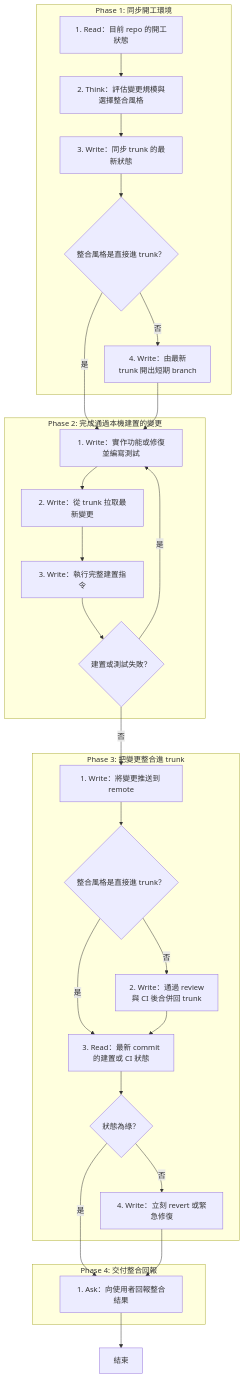
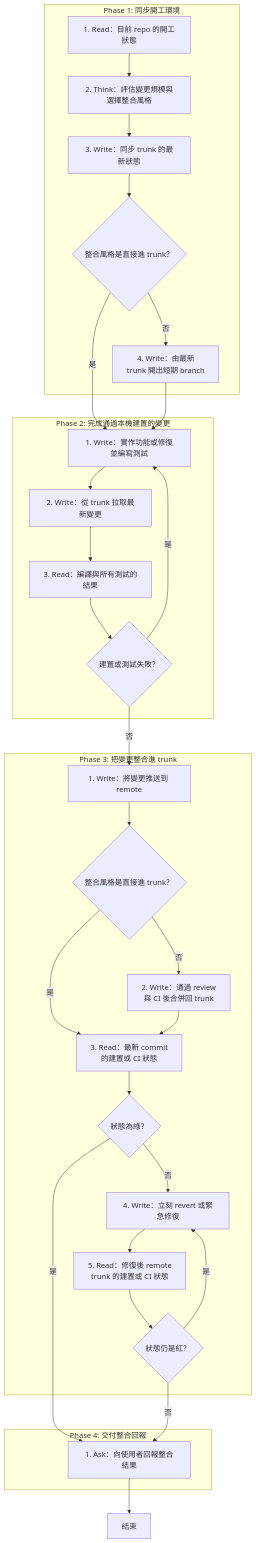
Before and after one commit to AI-x-BDD/BDGG-Dev-Skills: the diagram in .agents/skills/trunk-based-development/SKILL.md, drawn with Mermaid. The commit also changed other lines of this file and 1 other file, not shown here.

Commit message:
fix: trunk-based-development 修完紅燈之後會再確認 trunk 變綠
Phase 3 Step 4 revert 或緊急修復之後直接進了回報,沒有任何一步再看
一次 CI;revert 之後還是紅的話,回報的會是一條壞掉的 trunk。現在多
一步讀修復後的狀態,仍是紅就回去再修。

Phase 2 Step 3 跑完整建置看結果,動詞從 Write 改成 Read:這一步要的
是建置與測試的結果,不是它留下的變更。

````diff
--- a/.agents/skills/trunk-based-development/SKILL.md
+++ b/.agents/skills/trunk-based-development/SKILL.md
@@ -31,48 +32,53 @@
 ```mermaid
 flowchart TD
     subgraph P1["Phase 1: 同步開工環境"]
         P1S1["1. Read：目前 repo 的開工狀態"]
         P1S2["2. Think：評估變更規模與選擇整合風格"]
         P1S3["3. Write：同步 trunk 的最新狀態"]
         G_P1S3_1{"整合風格是直接進 trunk？"}
         P1S4["4. Write：由最新<br/>trunk 開出短期 branch"]
     end
     subgraph P2["Phase 2: 完成通過本機建置的變更"]
         P2S1["1. Write：實作功能或修復並編寫測試"]
         P2S2["2. Write：從 trunk 拉取最新變更"]
-        P2S3["3. Write：執行完整建置指令"]
+        P2S3["3. Read：編譯與所有測試的結果"]
         G_P2S3_1{"建置或測試失敗？"}
     end
     subgraph P3["Phase 3: 把變更整合進 trunk"]
         P3S1["1. Write：將變更推送到 remote"]
         G_P3S1_1{"整合風格是直接進 trunk？"}
         P3S2["2. Write：通過 review<br/>與 CI 後合併回 trunk"]
         P3S3["3. Read：最新 commit<br/>的建置或 CI 狀態"]
         G_P3S3_1{"狀態為綠？"}
         P3S4["4. Write：立刻 revert 或緊急修復"]
+        P3S5["5. Read：修復後 remote<br/>trunk 的建置或 CI 狀態"]
+        G_P3S5_1{"狀態仍是紅？"}
     end
     subgraph P4["Phase 4: 交付整合回報"]
         P4S1["1. Ask：向使用者回報整合結果"]
     end
     End["結束"]
     P1S1 --> P1S2
     P1S2 --> P1S3
     P1S3 --> G_P1S3_1
     G_P1S3_1 -->|是| P2S1
     G_P1S3_1 -->|否| P1S4
     P1S4 --> P2S1
     P2S1 --> P2S2
     P2S2 --> P2S3
     P2S3 --> G_P2S3_1
     G_P2S3_1 -->|是| P2S1
     G_P2S3_1 -->|否| P3S1
     P3S1 --> G_P3S1_1
     G_P3S1_1 -->|是| P3S3
     G_P3S1_1 -->|否| P3S2
     P3S2 --> P3S3
     P3S3 --> G_P3S3_1
     G_P3S3_1 -->|是| P4S1
     G_P3S3_1 -->|否| P3S4
-    P3S4 --> P4S1
+    P3S4 --> P3S5
+    P3S5 --> G_P3S5_1
+    G_P3S5_1 -->|是| P3S4
+    G_P3S5_1 -->|否| P4S1
     P4S1 --> End
 ```
````
